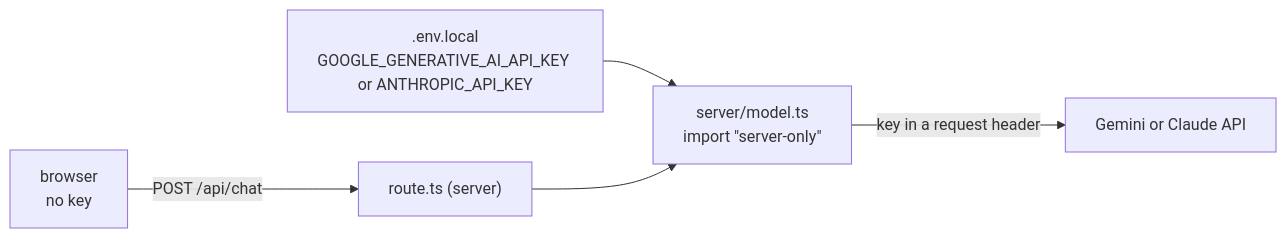
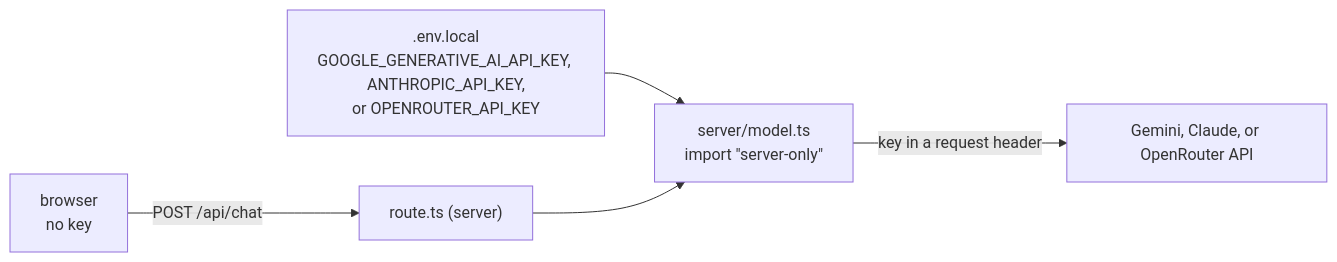
One commit to promptfolios/promptfolio changed the diagram in docs/learning/server-side-secrets.md. Above: the diagram before and after it, drawn with Mermaid. The commit also changed other lines of this file and 1 other file, not shown here.

Commit message:
docs(learning): update model requests and secrets notes for OpenRouter

````diff
--- a/docs/learning/server-side-secrets.md
+++ b/docs/learning/server-side-secrets.md
@@ -21,7 +21,7 @@
 ```mermaid
 flowchart LR
     browser["browser<br/>no key"] -- "POST /api/chat" --> route["route.ts (server)"]
-    env[".env.local<br/>GOOGLE_GENERATIVE_AI_API_KEY or ANTHROPIC_API_KEY"] --> model["server/model.ts<br/>import #quot;server-only#quot;"]
+    env[".env.local<br/>GOOGLE_GENERATIVE_AI_API_KEY, ANTHROPIC_API_KEY,<br/>or OPENROUTER_API_KEY"] --> model["server/model.ts<br/>import #quot;server-only#quot;"]
     route --> model
-    model -- "key in a request header" --> provider["Gemini or Claude API"]
+    model -- "key in a request header" --> provider["Gemini, Claude, or OpenRouter API"]
 ```
````
